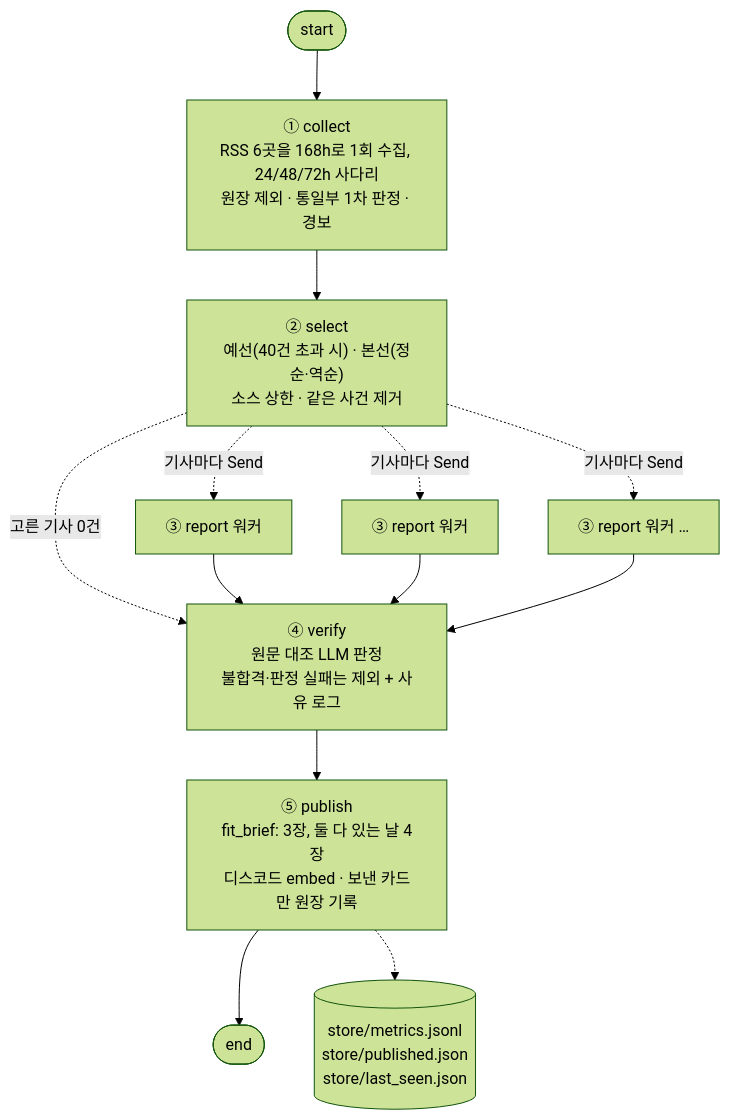
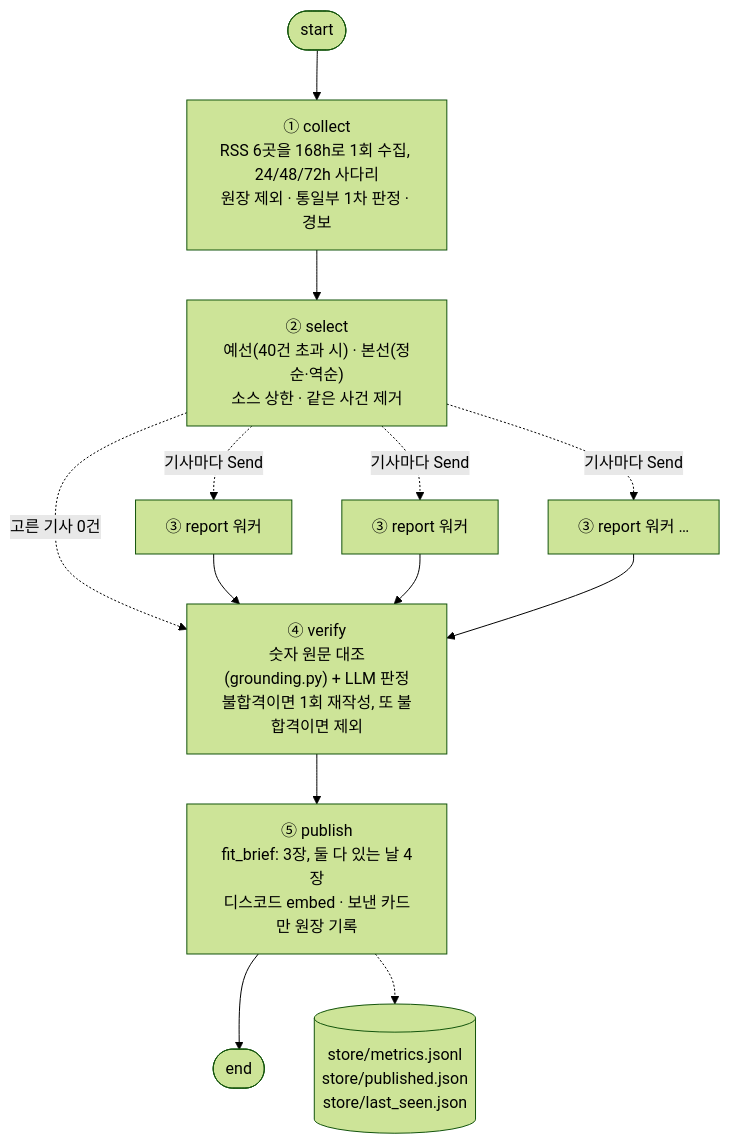
One commit to tigermorning/nk-briefing changed the second of 2 diagrams in REPORT.md. Above: the diagram before and after it, drawn with Mermaid (forest theme). The commit also changed other lines of this file and 1 other file, not shown here.

````diff
--- a/REPORT.md
+++ b/REPORT.md
@@ -192,19 +192,19 @@
 ```mermaid
 flowchart TD
     S0([start]) --> collect
     collect["① collect<br/>RSS 6곳을 168h로 1회 수집, 24/48/72h 사다리<br/>원장 제외 · 통일부 1차 판정 · 경보"]
     collect --> select
     select["② select<br/>예선(40건 초과 시) · 본선(정순·역순)<br/>소스 상한 · 같은 사건 제거"]
     select -. "기사마다 Send" .-> report1["③ report 워커"]
     select -. "기사마다 Send" .-> report2["③ report 워커"]
     select -. "기사마다 Send" .-> report3["③ report 워커 …"]
     select -. "고른 기사 0건" .-> verify
     report1 --> verify
     report2 --> verify
     report3 --> verify
-    verify["④ verify<br/>원문 대조 LLM 판정<br/>불합격·판정 실패는 제외 + 사유 로그"]
+    verify["④ verify<br/>숫자 원문 대조(grounding.py) + LLM 판정<br/>불합격이면 1회 재작성, 또 불합격이면 제외"]
     verify --> publish
     publish["⑤ publish<br/>fit_brief: 3장, 둘 다 있는 날 4장<br/>디스코드 embed · 보낸 카드만 원장 기록"]
     publish --> E0([end])
     publish -.-> M[("store/metrics.jsonl<br/>store/published.json<br/>store/last_seen.json")]
 ```
````
